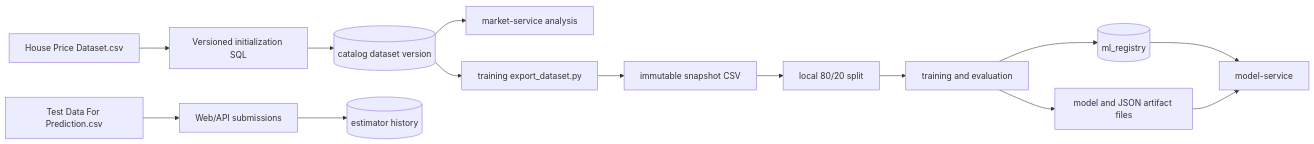
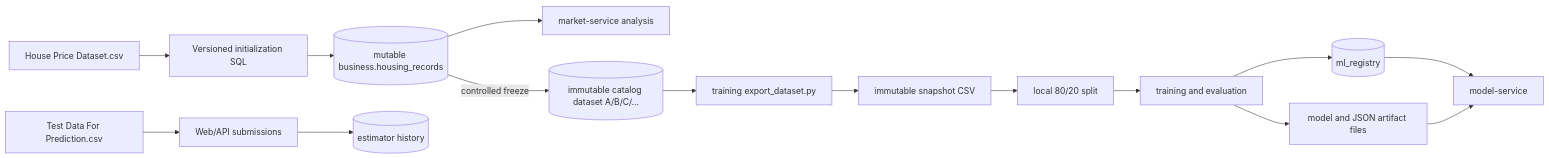
Before and after one commit to ChenhuaFan/house-price-estimator: the first of 2 diagrams in docs/data-schema.md, drawn with Mermaid. The commit also changed other lines of this file and 74 other files, not shown here.

````diff
--- a/docs/data-schema.md
+++ b/docs/data-schema.md
@@ -38,16 +40,17 @@
 ```mermaid
 flowchart LR
     H[House Price Dataset.csv] --> M[Versioned initialization SQL]
-    M --> C[(catalog dataset version)]
-    C --> A[market-service analysis]
+    M --> B[(mutable business.housing_records)]
+    B --> A[market-service analysis]
+    B -->|controlled freeze| C[(immutable catalog dataset A/B/C/...)]
     C --> X[training export_dataset.py]
     X --> S[immutable snapshot CSV]
     S --> P[local 80/20 split]
     P --> T[training and evaluation]
     T --> F[model and JSON artifact files]
     T --> R[(ml_registry)]
     R --> MS[model-service]
     F --> MS
     U[Test Data For Prediction.csv] --> W[Web/API submissions]
     W --> E[(estimator history)]
 ```
````
